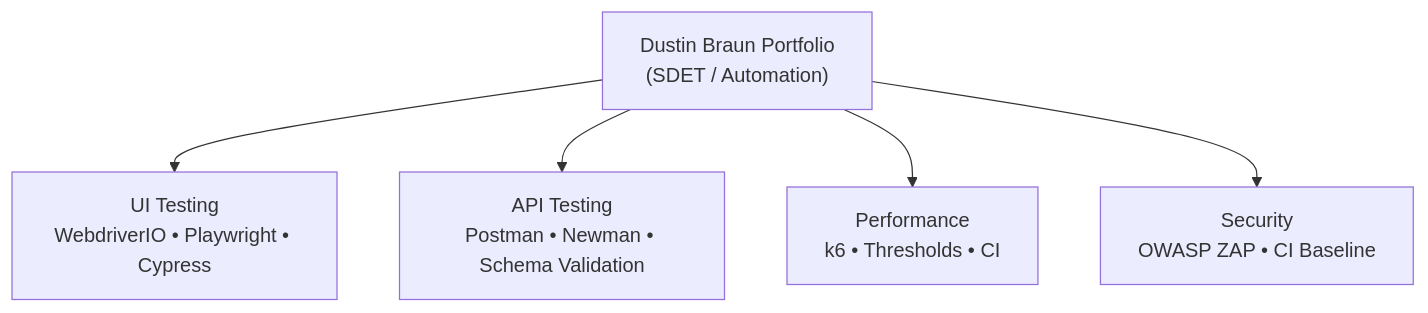
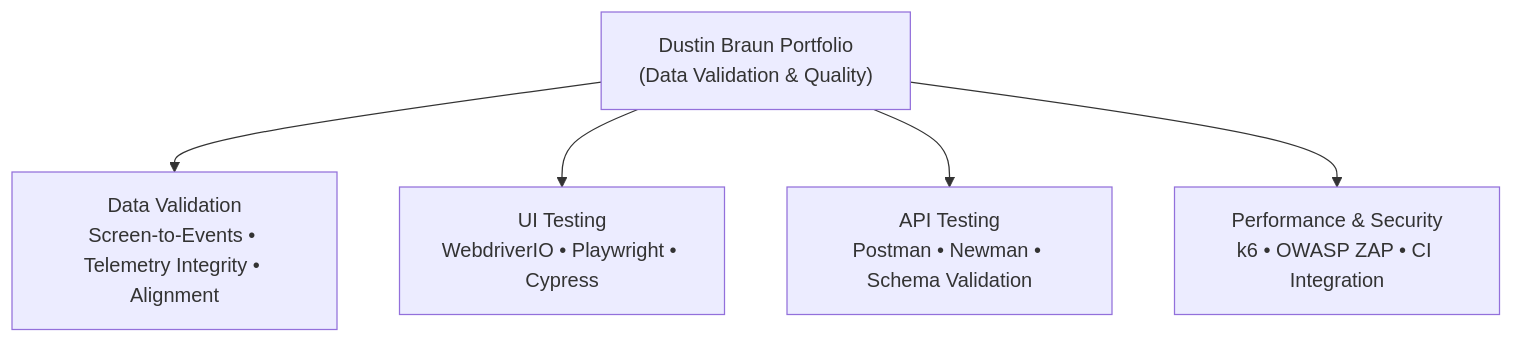
The diagram in README.md (jptrp/jptrp), drawn with Mermaid before and after one commit. The commit also changed other lines of this file, not shown here.

First line of the commit message:
portfolio: update title, architecture, and projects to reflect Data Validation Lead role

````diff
--- a/README.md
+++ b/README.md
@@ -37,12 +38,13 @@
 ```mermaid
 flowchart TB
-    A["Dustin Braun Portfolio<br/>(SDET / Automation)"]
-    A --> B["UI Testing<br/>WebdriverIO • Playwright • Cypress"]
-    A --> C["API Testing<br/>Postman • Newman • Schema Validation"]
-    A --> D["Performance<br/>k6 • Thresholds • CI"]
-    A --> E["Security<br/>OWASP ZAP • CI Baseline"]
+    A["Dustin Braun Portfolio<br/>(Data Validation & Quality)"]
+    A --> B["Data Validation<br/>Screen-to-Events • Telemetry Integrity • Alignment"]
+    A --> C["UI Testing<br/>WebdriverIO • Playwright • Cypress"]
+    A --> D["API Testing<br/>Postman • Newman • Schema Validation"]
+    A --> E["Performance & Security<br/>k6 • OWASP ZAP • CI Integration"]
 
-    click B "https://github.com/jptrp/saucedemo-wdio-automation" "UI Automation (WDIO)"
-    click C "https://github.com/jptrp/saucedemo-api-testing-postman" "API Testing (Postman)"
-    click D "https://github.com/jptrp/k6-zap-perfsec-automation" "Performance (k6) + Security"
+    click B "https://github.com/jptrp/signal-noise-screen2events" "Data Validation"
+    click C "https://github.com/jptrp/saucedemo-wdio-automation" "UI Automation (WDIO)"
+    click D "https://github.com/jptrp/saucedemo-api-testing-postman" "API Testing (Postman)"
+    click E "https://github.com/jptrp/k6-zap-perfsec-automation" "Performance (k6) + Security"
 ```
````
